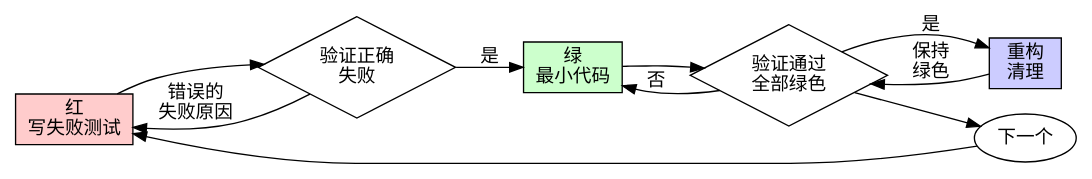
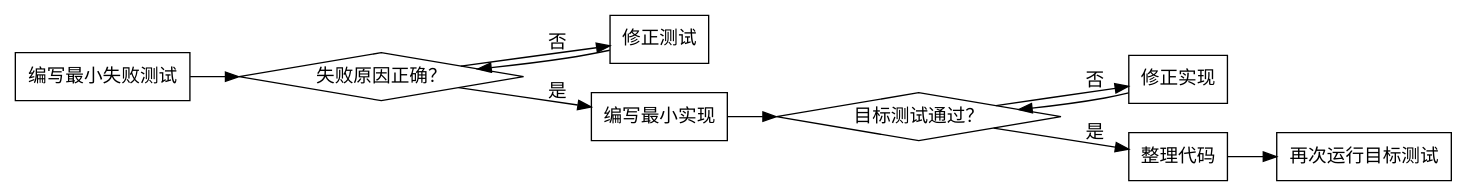
One commit to DawnMoon1542/agents-skills changed the diagram in workflow/test-driven-development/SKILL.md. Above: the diagram before and after it, drawn with Graphviz. The commit also changed other lines of this file and 14 other files, not shown here.

````diff
--- a/workflow/test-driven-development/SKILL.md
+++ b/workflow/test-driven-development/SKILL.md
@@ -29,21 +28,23 @@
 ```dot
-digraph tdd_cycle {
+digraph tdd {
     rankdir=LR;
-    red [label="红\n写失败测试", shape=box, style=filled, fillcolor="#ffcccc"];
-    verify_red [label="验证正确\n失败", shape=diamond];
-    green [label="绿\n最小代码", shape=box, style=filled, fillcolor="#ccffcc"];
-    verify_green [label="验证通过\n全部绿色", shape=diamond];
-    refactor [label="重构\n清理", shape=box, style=filled, fillcolor="#ccccff"];
-    next [label="下一个", shape=ellipse];
+    "编写最小失败测试" [shape=box];
+    "失败原因正确？" [shape=diamond];
+    "修正测试" [shape=box];
+    "编写最小实现" [shape=box];
+    "目标测试通过？" [shape=diamond];
+    "修正实现" [shape=box];
+    "整理代码" [shape=box];
+    "再次运行目标测试" [shape=box];
 
-    red -> verify_red;
-    verify_red -> green [label="是"];
-    verify_red -> red [label="错误的\n失败原因"];
-    green -> verify_green;
-    verify_green -> refactor [label="是"];
-    verify_green -> green [label="否"];
-    refactor -> verify_green [label="保持\n绿色"];
-    verify_green -> next;
-    next -> red;
+    "编写最小失败测试" -> "失败原因正确？";
+    "失败原因正确？" -> "修正测试" [label="否"];
+    "修正测试" -> "失败原因正确？";
+    "失败原因正确？" -> "编写最小实现" [label="是"];
+    "编写最小实现" -> "目标测试通过？";
+    "目标测试通过？" -> "修正实现" [label="否"];
+    "修正实现" -> "目标测试通过？";
+    "目标测试通过？" -> "整理代码" [label="是"];
+    "整理代码" -> "再次运行目标测试";
 }
 ```
````
